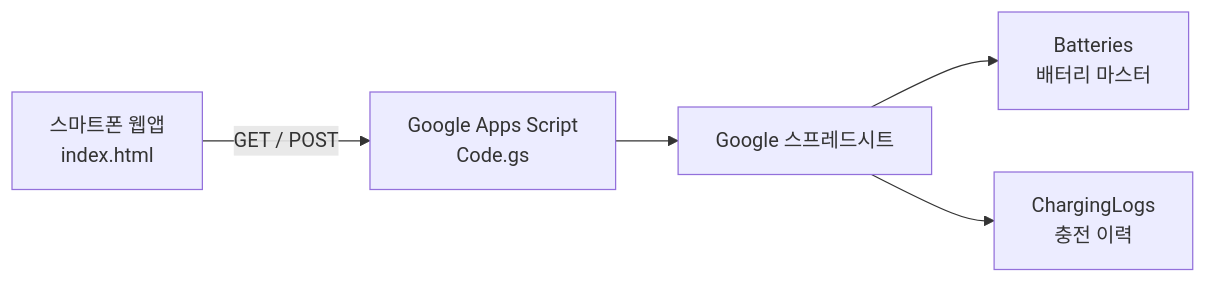
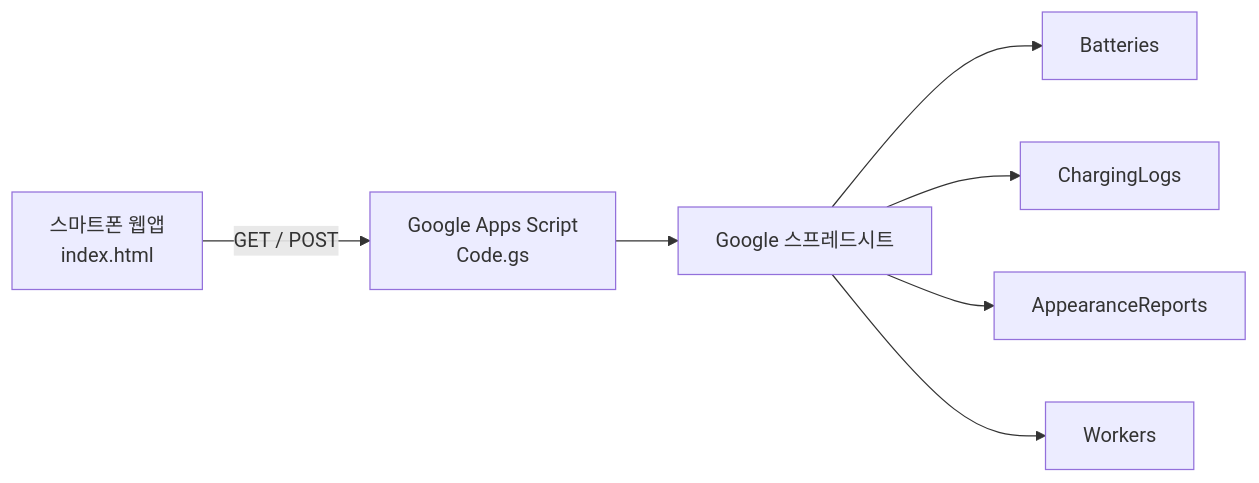
Before and after one commit to zhaot3065/BATLog: the diagram in README.md, drawn with Mermaid. The commit also changed other lines of this file and 3 other files, not shown here.

First line of the commit message:
Improve batch UX, workers sheet, cycle count cache, and charging dedup.

````diff
--- a/README.md
+++ b/README.md
@@ -31,7 +34,9 @@
 ```mermaid
 flowchart LR
   A[스마트폰 웹앱<br/>index.html] -->|GET / POST| B[Google Apps Script<br/>Code.gs]
   B --> C[Google 스프레드시트]
-  C --> D[Batteries<br/>배터리 마스터]
-  C --> E[ChargingLogs<br/>충전 이력]
+  C --> D[Batteries]
+  C --> E[ChargingLogs]
+  C --> F[AppearanceReports]
+  C --> G[Workers]
 ```
````
